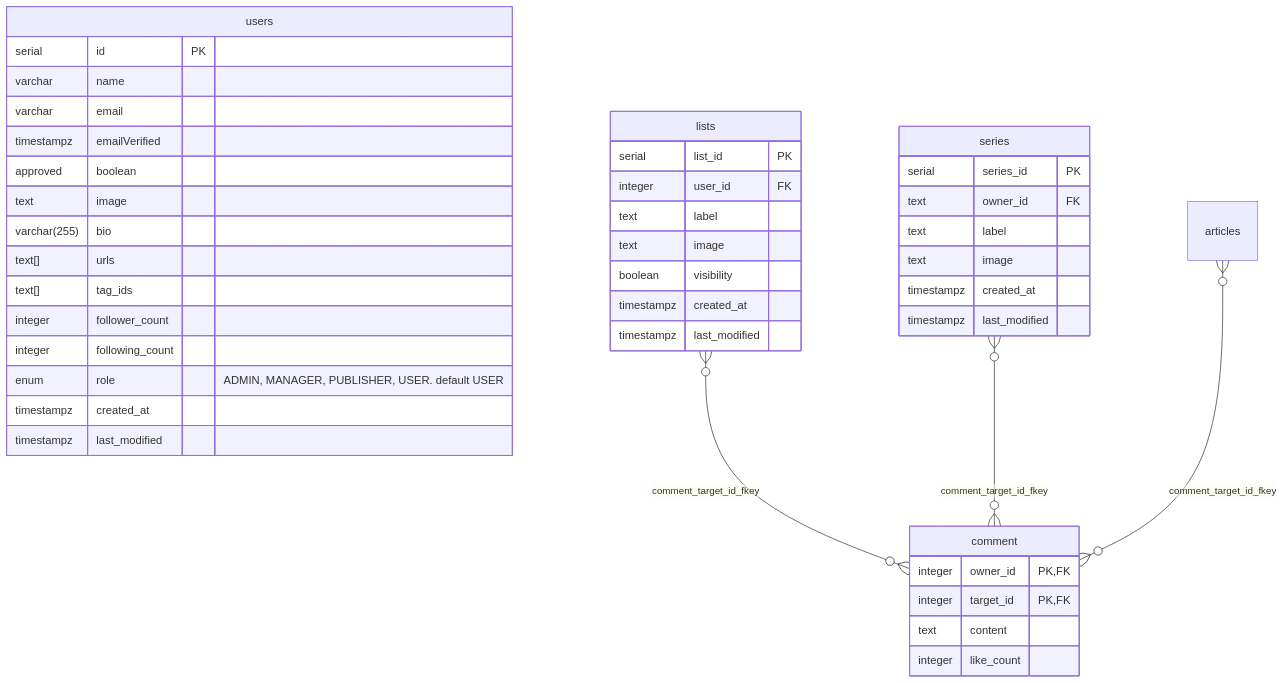
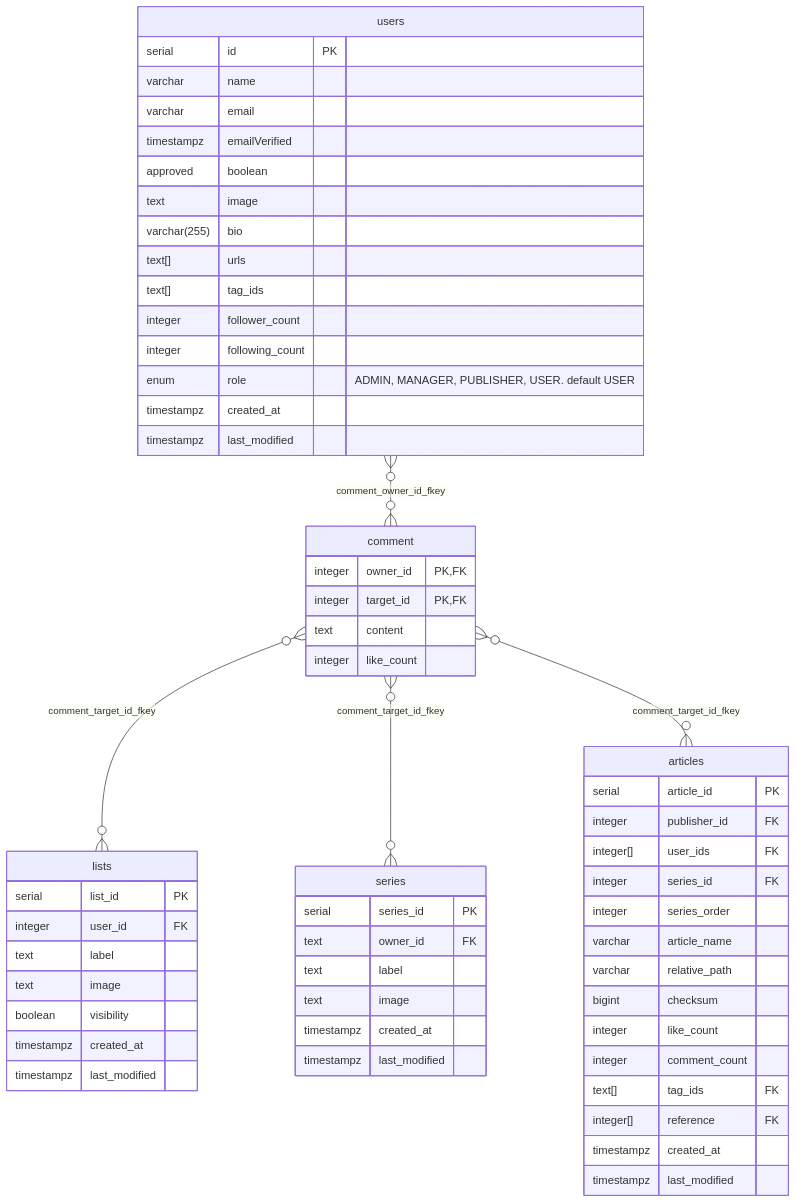
The seventh of 9 diagrams in Capstone/Diagrams.md (4ry1337/my-obsidian), drawn with Mermaid before and after one commit. The commit also changed other lines of this file, not shown here.

````diff
--- a/Capstone/Diagrams.md
+++ b/Capstone/Diagrams.md
@@ -441,52 +535,73 @@
 ```mermaid
 erDiagram
 users {
 	serial id PK
 	varchar name
 	varchar email
 	timestampz emailVerified
 	approved boolean
 	
 	text image
 	varchar(255) bio
 	
 	text[] urls
 	text[] tag_ids
 	
 	integer follower_count
 	integer following_count
 	
 	enum role "ADMIN, MANAGER, PUBLISHER, USER. default USER"
 	
 	timestampz created_at
 	timestampz last_modified
 }
-
 comment {
 	integer owner_id PK, FK
 	integer target_id PK, FK
 	text content
 	integer like_count
 }
 lists {
 	serial list_id PK
 	integer user_id FK
 	text label
 	text image
 	boolean visibility
 	timestampz created_at
 	timestampz last_modified
 }
 series {
 	serial series_id PK
 	text owner_id FK
 	text label
 	text image
 	timestampz created_at
 	timestampz last_modified
 }
+articles {
+	serial article_id PK
+	
+	integer publisher_id FK
+	integer[] user_ids FK
+	
+	integer series_id FK
+	integer series_order
+	
+	varchar article_name
+	varchar relative_path
+	bigint checksum
+	
+	integer like_count
+	integer comment_count
+	text[] tag_ids FK
+	integer[] reference FK
+	
+	timestampz created_at
+	timestampz last_modified
+}
 
-lists }o--o{ comment : comment_target_id_fkey
-series }o--o{ comment : comment_target_id_fkey
-articles }o--o{ comment : comment_target_id_fkey
+users }o--o{ comment : comment_owner_id_fkey
+comment }o--o{ lists : comment_target_id_fkey
+comment }o--o{ series : comment_target_id_fkey
+comment }o--o{ articles : comment_target_id_fkey
 ```
````
